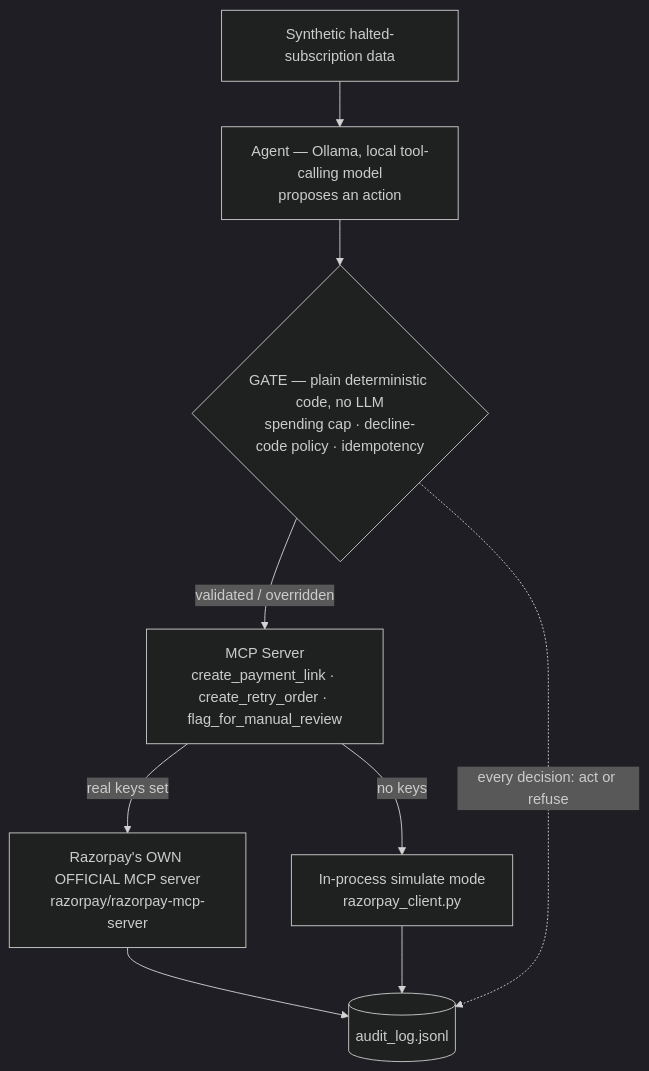
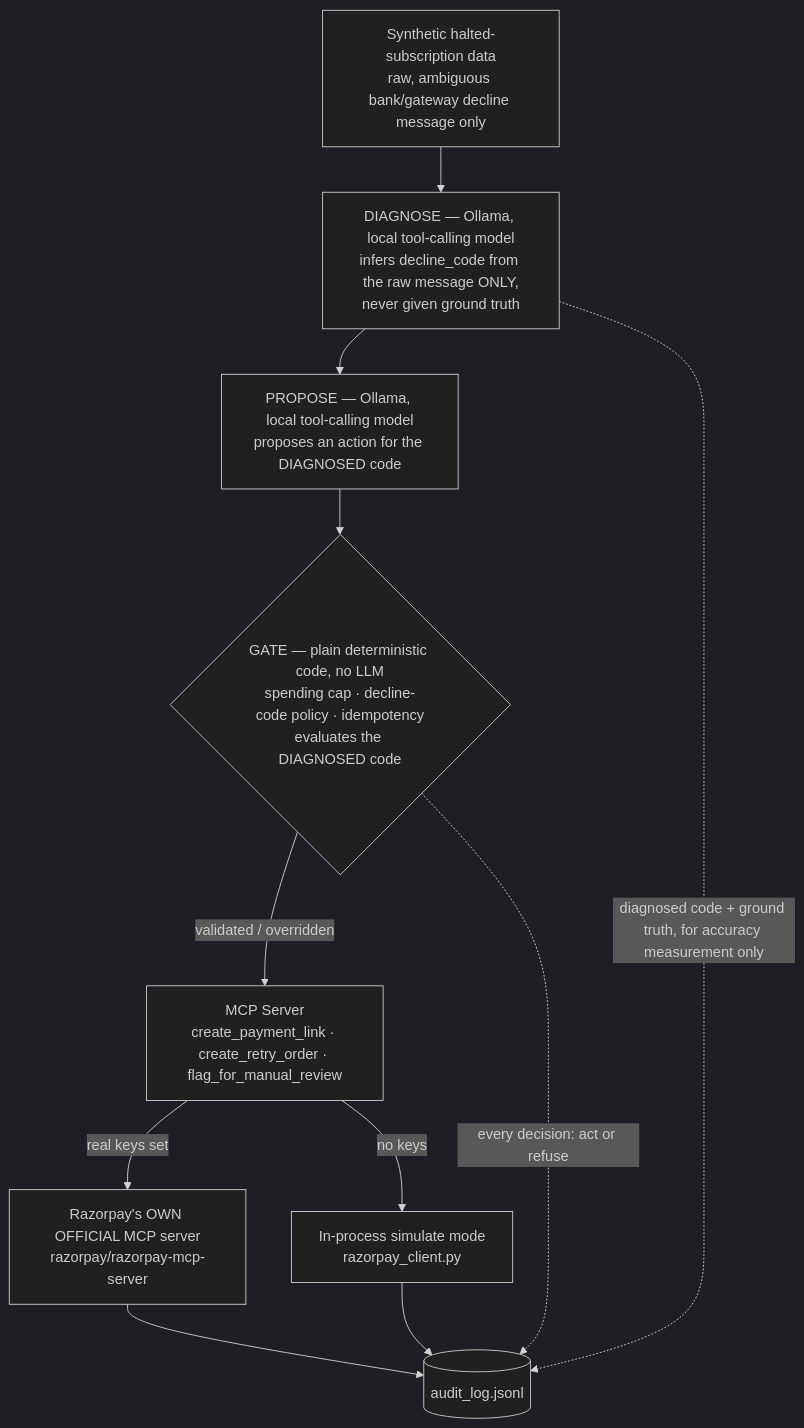
Before and after one commit to Ganesh-0509/razorpay-subscription-recovery-agent: the diagram in README.md, drawn with Mermaid (dark theme). The commit also changed other lines of this file and 64 other files, not shown here.

````diff
--- a/README.md
+++ b/README.md
@@ -45,11 +45,13 @@
 ```mermaid
 flowchart TD
-    A[Synthetic halted-subscription data] --> B["Agent — Ollama, local tool-calling model<br/>proposes an action"]
-    B --> C{"GATE — plain deterministic code, no LLM<br/>spending cap · decline-code policy · idempotency"}
+    A[Synthetic halted-subscription data<br/>raw, ambiguous bank/gateway decline message only] --> Z["DIAGNOSE — Ollama, local tool-calling model<br/>infers decline_code from the raw message ONLY,<br/>never given ground truth"]
+    Z --> B["PROPOSE — Ollama, local tool-calling model<br/>proposes an action for the DIAGNOSED code"]
+    B --> C{"GATE — plain deterministic code, no LLM<br/>spending cap · decline-code policy · idempotency<br/>evaluates the DIAGNOSED code"}
     C -->|validated / overridden| D["MCP Server<br/>create_payment_link · create_retry_order · flag_for_manual_review"]
     D -->|real keys set| E["Razorpay's OWN OFFICIAL MCP server<br/>razorpay/razorpay-mcp-server"]
     D -->|no keys| F["In-process simulate mode<br/>razorpay_client.py"]
     E --> G[(audit_log.jsonl)]
     F --> G
+    Z -. "diagnosed code + ground truth, for accuracy measurement only" .-> G
     C -. "every decision: act or refuse" .-> G
 ```
````
